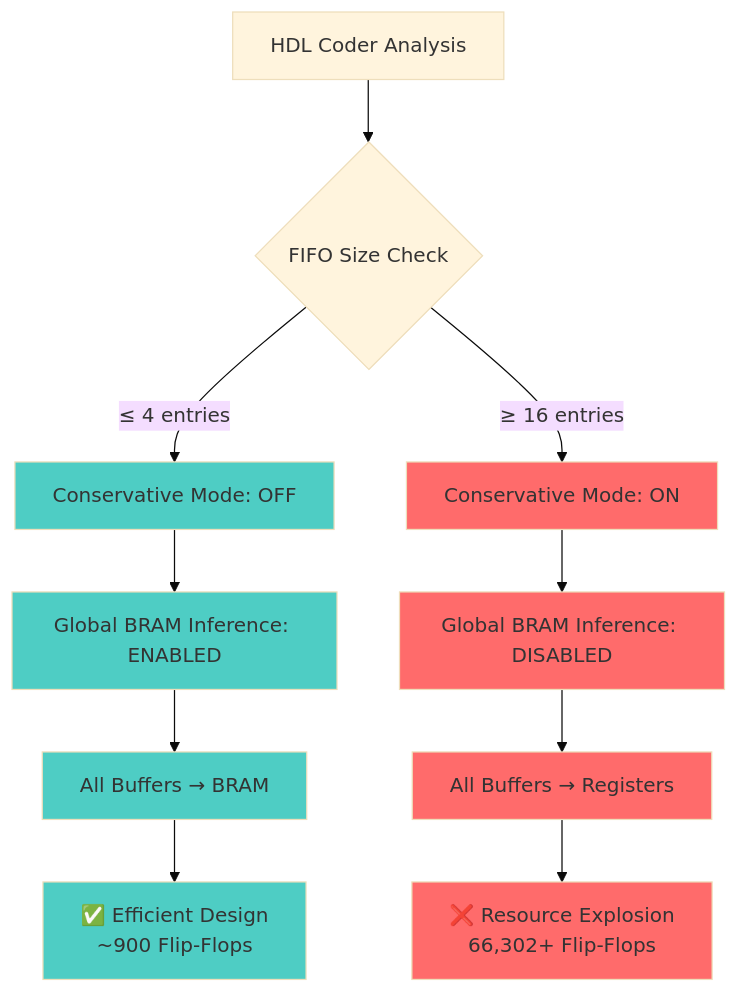
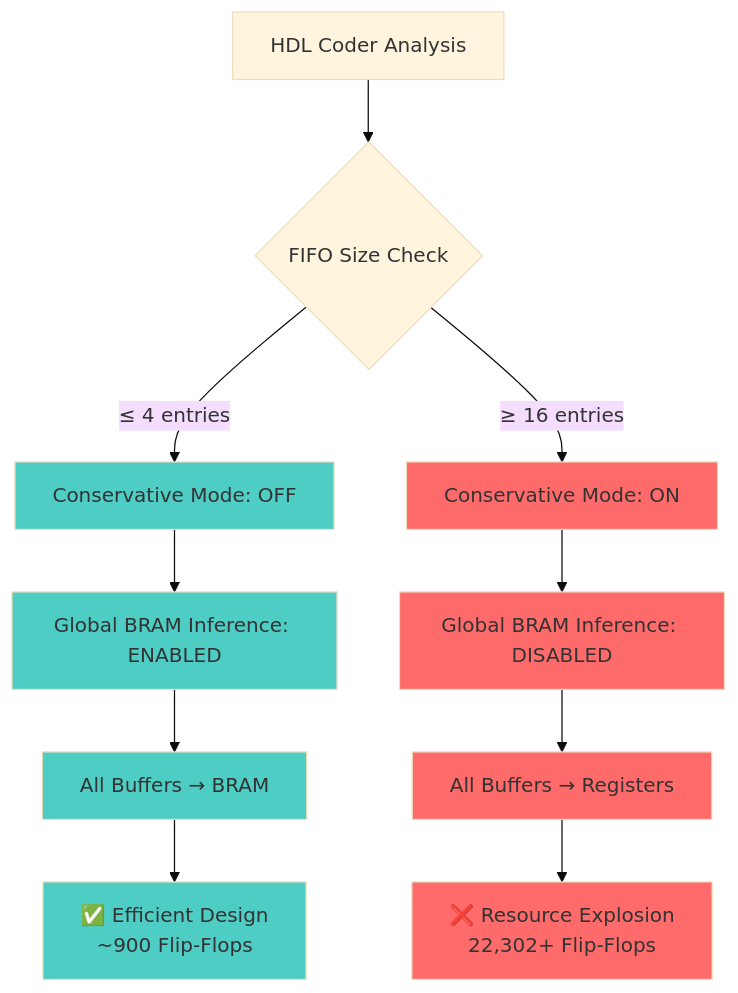
One commit to rockyco/extractSSBsig changed the seventh of 16 diagrams in README.md. Above: the diagram before and after it, drawn with Mermaid (base theme). The commit also changed other lines of this file, not shown here.

````diff
--- a/README.md
+++ b/README.md
@@ -532,24 +532,24 @@
 ```mermaid
 flowchart TD
     A[HDL Coder Analysis] --> B{FIFO Size Check}
     B -->|≤ 4 entries| C[Conservative Mode: OFF]
     B -->|≥ 16 entries| D[Conservative Mode: ON]
     
     C --> E[Global BRAM Inference: ENABLED]
     D --> F[Global BRAM Inference: DISABLED]
     
     E --> G[All Buffers → BRAM]
     F --> H[All Buffers → Registers]
     
     G --> I[✅ Efficient Design<br/>~900 Flip-Flops]
-    H --> J[❌ Resource Explosion<br/>66,302+ Flip-Flops]
+    H --> J[❌ Resource Explosion<br/>22,302+ Flip-Flops]
     
     style C fill:#4ecdc4
     style D fill:#ff6b6b
     style E fill:#4ecdc4
     style F fill:#ff6b6b
     style G fill:#4ecdc4
     style H fill:#ff6b6b
     style I fill:#4ecdc4
     style J fill:#ff6b6b
 ```
````
